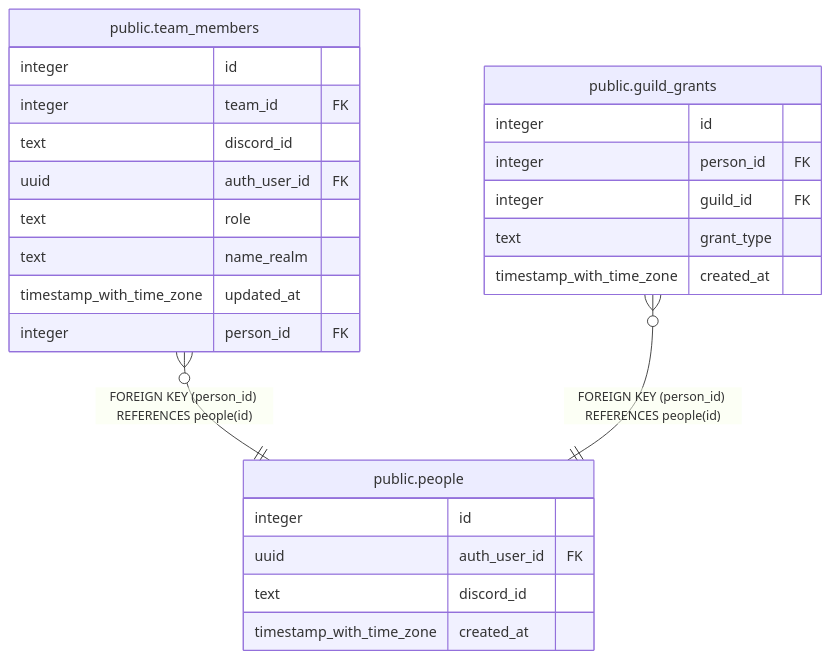
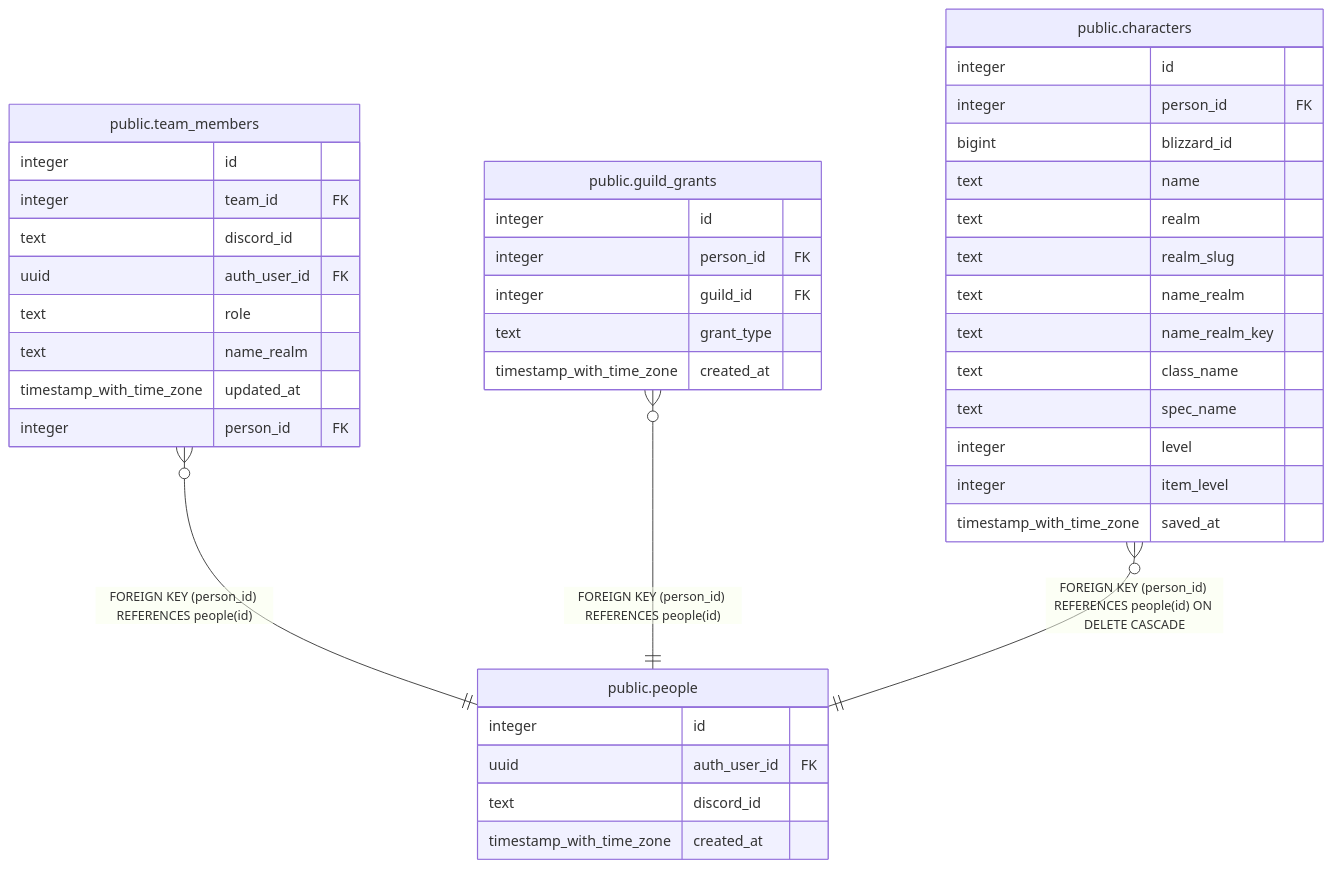
One commit to katogaming88/WGA-Raid-Hub changed the diagram in dbdoc/public.people.md. Above: the diagram before and after it, drawn with Mermaid. The commit also changed other lines of this file and 30 other files, not shown here.

````diff
--- a/dbdoc/public.people.md
+++ b/dbdoc/public.people.md
@@ -42,30 +42,46 @@
 ```mermaid
 erDiagram
 
 "public.team_members" }o--|| "public.people" : "FOREIGN KEY (person_id) REFERENCES people(id)"
 "public.guild_grants" }o--|| "public.people" : "FOREIGN KEY (person_id) REFERENCES people(id)"
+"public.characters" }o--|| "public.people" : "FOREIGN KEY (person_id) REFERENCES people(id) ON DELETE CASCADE"
 
 "public.people" {
   integer id
   uuid auth_user_id FK
   text discord_id
   timestamp_with_time_zone created_at
 }
 "public.team_members" {
   integer id
   integer team_id FK
   text discord_id
   uuid auth_user_id FK
   text role
   text name_realm
   timestamp_with_time_zone updated_at
   integer person_id FK
 }
 "public.guild_grants" {
   integer id
   integer person_id FK
   integer guild_id FK
   text grant_type
   timestamp_with_time_zone created_at
 }
+"public.characters" {
+  integer id
+  integer person_id FK
+  bigint blizzard_id
+  text name
+  text realm
+  text realm_slug
+  text name_realm
+  text name_realm_key
+  text class_name
+  text spec_name
+  integer level
+  integer item_level
+  timestamp_with_time_zone saved_at
+}
 ```
````
